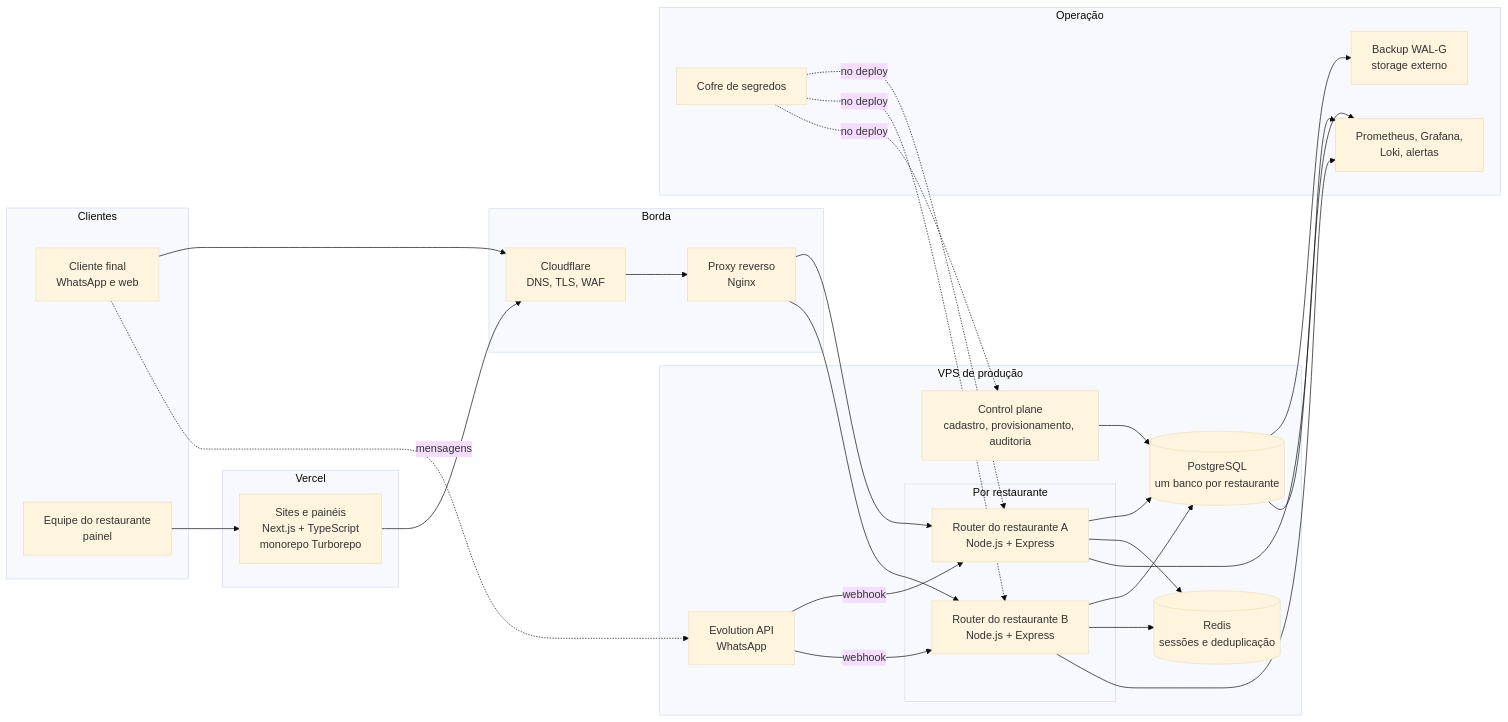
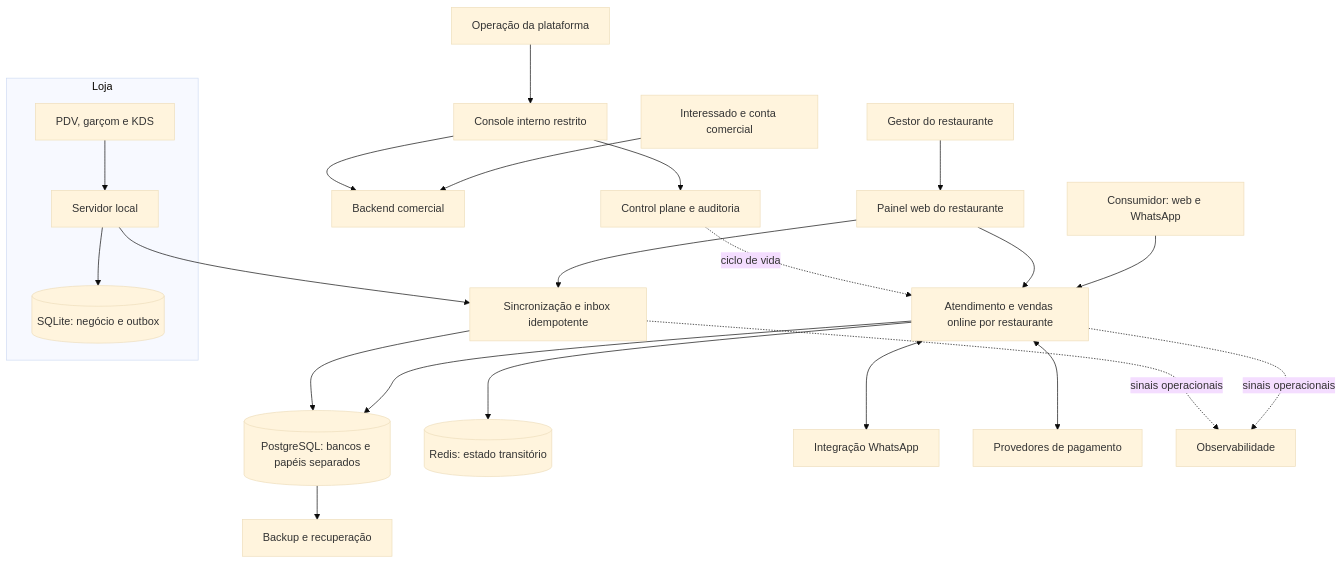
Before and after one commit to joaoluan/myfoodlink-engineering: the first of 2 diagrams in docs/arquitetura.md, drawn with Mermaid (base theme). The commit also changed other lines of this file and 13 other files, not shown here.

First line of the commit message:
Demonstra operação offline e sincronização transacional do MFL (#5)

````diff
--- a/docs/arquitetura.md
+++ b/docs/arquitetura.md
@@ -7,43 +5,25 @@
 ```mermaid
-flowchart LR
-  subgraph Clientes
-    C[Cliente final<br/>WhatsApp e web]
-    R[Equipe do restaurante<br/>painel]
+flowchart TB
+  Consumidor[Consumidor: web e WhatsApp] --> Online[Atendimento e vendas online por restaurante]
+  Equipe[Gestor do restaurante] --> Painel[Painel web do restaurante]
+  Painel --> Online
+  Interessado[Interessado e conta comercial] --> Comercial[Backend comercial]
+  Operador[Operação da plataforma] --> Console[Console interno restrito]
+  Console --> Control[Control plane e auditoria]
+  Console --> Comercial
+  Control -. ciclo de vida .-> Online
+  Online --> PG[(PostgreSQL: bancos e papéis separados)]
+  Online --> Redis[(Redis: estado transitório)]
+  Online <--> WA[Integração WhatsApp]
+  Online <--> Pagamentos[Provedores de pagamento]
+  subgraph Loja
+    Terminais[PDV, garçom e KDS] --> Local[Servidor local]
+    Local --> SQLite[(SQLite: negócio e outbox)]
   end
-
-  subgraph Vercel
-    W[Sites e painéis<br/>Next.js + TypeScript<br/>monorepo Turborepo]
-  end
-
-  subgraph Borda
-    CF[Cloudflare<br/>DNS, TLS, WAF]
-    PX[Proxy reverso<br/>Nginx]
-  end
-
-  subgraph VPS de produção
-    E[Evolution API<br/>WhatsApp]
-    subgraph Por restaurante
-      RT1[Router do restaurante A<br/>Node.js + Express]
-      RT2[Router do restaurante B<br/>Node.js + Express]
-    end
-    CT[Control plane<br/>cadastro, provisionamento, auditoria]
-    PG[(PostgreSQL<br/>um banco por restaurante)]
-    RD[(Redis<br/>sessões e deduplicação)]
-  end
-
-  subgraph Operação
-    BK[Backup WAL-G<br/>storage externo]
-    OB[Prometheus, Grafana,<br/>Loki, alertas]
-    SEC[Cofre de segredos]
-  end
-
-  C --> CF --> PX
-  R --> W --> CF
-  PX --> RT1 & RT2
-  C -. mensagens .-> E -- webhook --> RT1 & RT2
-  RT1 & RT2 --> PG & RD
-  CT --> PG
-  PG --> BK
-  RT1 & RT2 & PG --> OB
-  SEC -. no deploy .-> RT1 & RT2 & CT
+  Local --> Sync[Sincronização e inbox idempotente]
+  Sync --> PG
+  Painel --> Sync
+  PG --> Backup[Backup e recuperação]
+  Online -. sinais operacionais .-> Obs[Observabilidade]
+  Sync -. sinais operacionais .-> Obs
 ```
````
